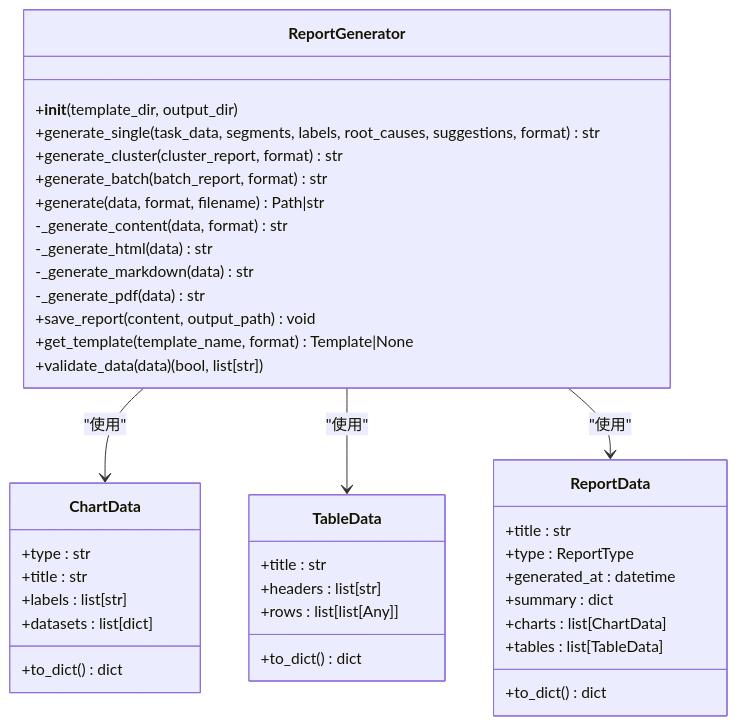
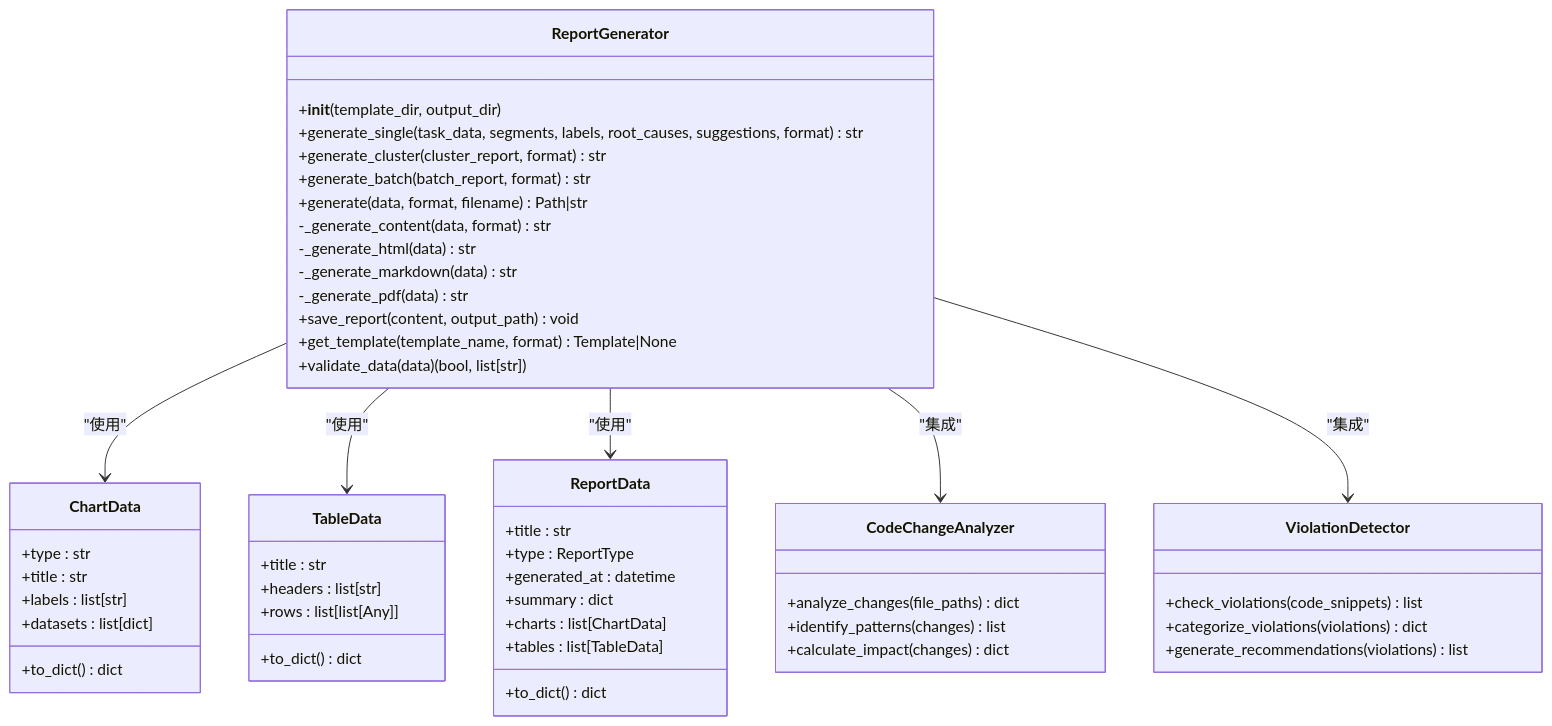
One commit to boyingliu01/fault-review-analyzer changed the third of 6 diagrams in .qoder/repowiki/zh/content/可视化系统/报告生成系统.md. Above: the diagram before and after it, drawn with Mermaid. The commit also changed other lines of this file and 125 other files, not shown here.

````diff
--- a/.qoder/repowiki/zh/content/可视化系统/报告生成系统.md
+++ b/.qoder/repowiki/zh/content/可视化系统/报告生成系统.md
@@ -138,42 +165,54 @@
 ```mermaid
 classDiagram
 class ReportGenerator {
 +__init__(template_dir, output_dir)
 +generate_single(task_data, segments, labels, root_causes, suggestions, format) str
 +generate_cluster(cluster_report, format) str
 +generate_batch(batch_report, format) str
 +generate(data, format, filename) Path|str
 -_generate_content(data, format) str
 -_generate_html(data) str
 -_generate_markdown(data) str
 -_generate_pdf(data) str
 +save_report(content, output_path) void
 +get_template(template_name, format) Template|None
 +validate_data(data) (bool, list[str])
+}
+class CodeChangeAnalyzer {
++analyze_changes(file_paths) dict
++identify_patterns(changes) list
++calculate_impact(changes) dict
+}
+class ViolationDetector {
++check_violations(code_snippets) list
++categorize_violations(violations) dict
++generate_recommendations(violations) list
 }
 class ChartData {
 +type : str
 +title : str
 +labels : list[str]
 +datasets : list[dict]
 +to_dict() dict
 }
 class TableData {
 +title : str
 +headers : list[str]
 +rows : list[list[Any]]
 +to_dict() dict
 }
 class ReportData {
 +title : str
 +type : ReportType
 +generated_at : datetime
 +summary : dict
 +charts : list[ChartData]
 +tables : list[TableData]
 +to_dict() dict
 }
 ReportGenerator --> ChartData : "使用"
 ReportGenerator --> TableData : "使用"
 ReportGenerator --> ReportData : "使用"
+ReportGenerator --> CodeChangeAnalyzer : "集成"
+ReportGenerator --> ViolationDetector : "集成"
 ```
````
